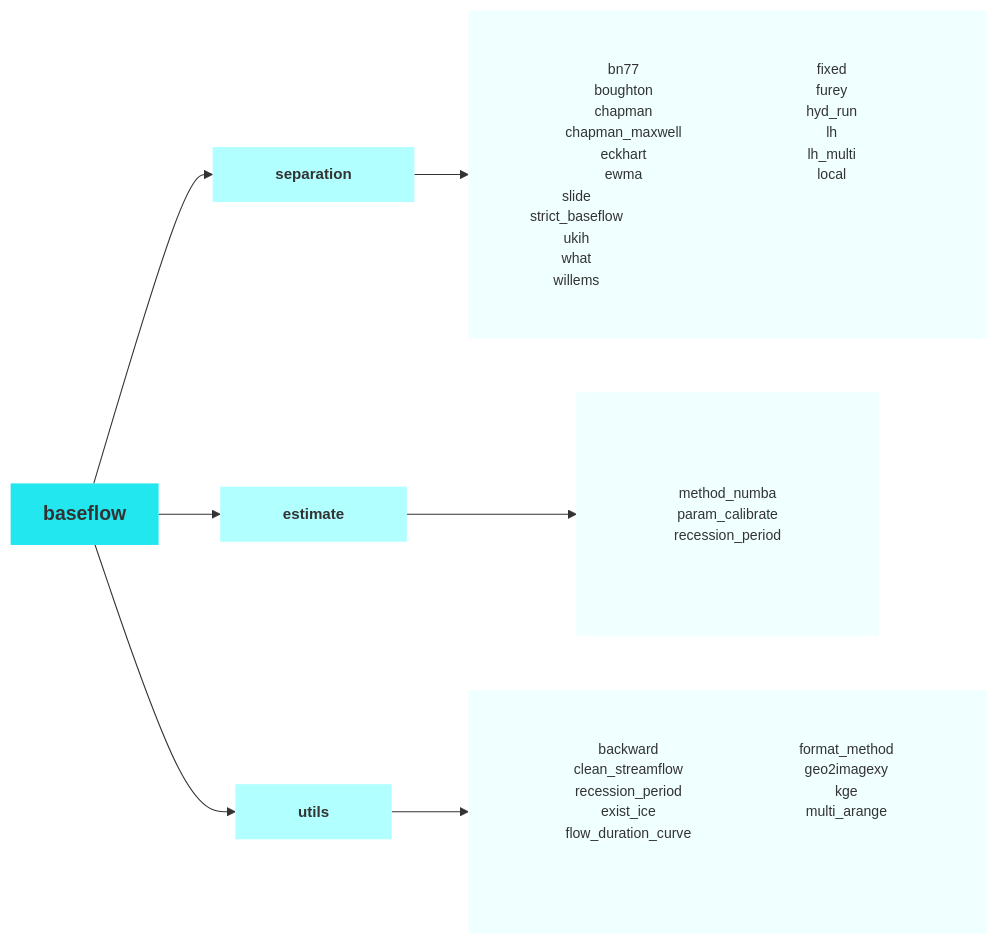
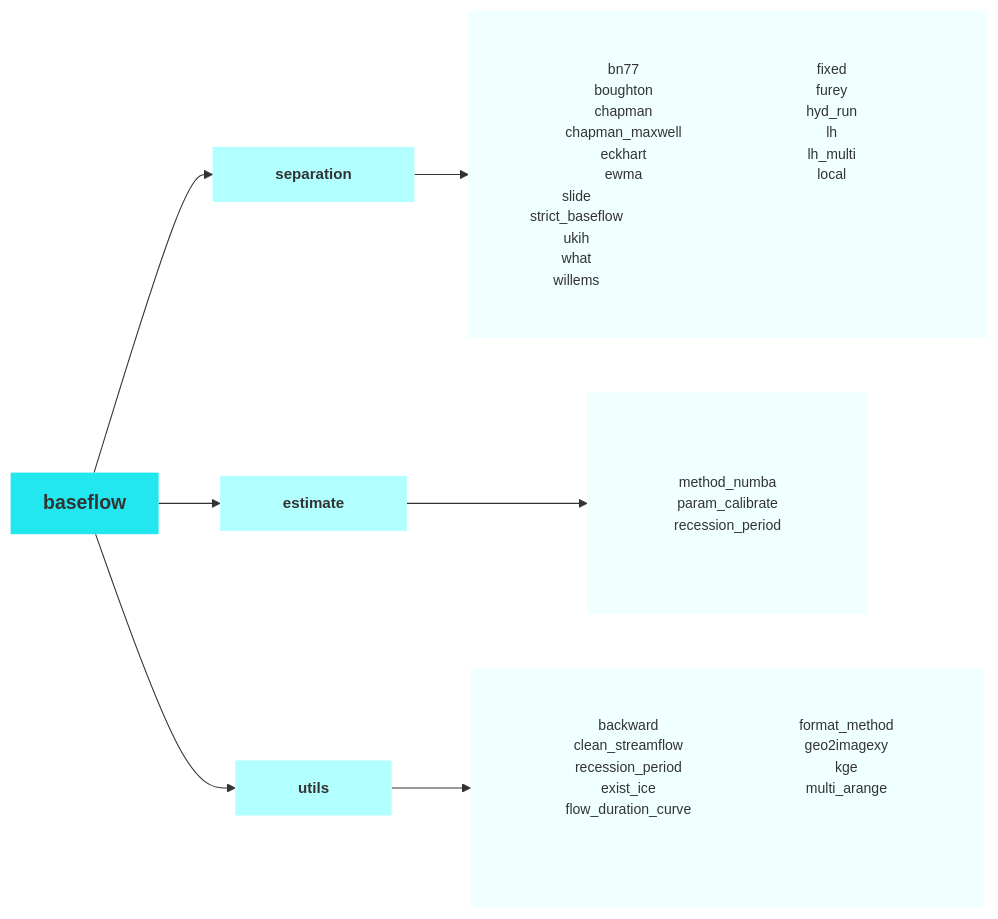
One commit to BYU-Hydroinformatics/baseflow changed the diagram in docs/index.md. Above: the diagram before and after it, drawn with Mermaid.

Commit message:
change the padding of diagram

````diff
--- a/docs/index.md
+++ b/docs/index.md
@@ -58,50 +58,50 @@
 ```mermaid
 %%{init: {
   'theme': 'base', 
   'themeVariables': { 
     'fontSize': '14px',
     'fontFamily': 'Arial'
   },
   'flowchart': {
     'nodeSpacing': 30,
     'rankSpacing': 30,
     'curve': 'basis'
   }
   "flowchart": {"htmlLabels": true}
 }}%%
 graph LR
     %% Define styles
     classDef default fill:#22E7EF,stroke:#333,stroke-width:0px;
     classDef secondLevel fill:#B2FFFF,stroke:#333,stroke-width:0px,font-size:14px;
     classDef thirdLevel fill:#F0FFFF,stroke:#333,stroke-width:0px,font-size:13px;
 
     A[baseflow]:::default
     B[&emsp;&emsp;separation&emsp;&emsp;]:::secondLevel
     C[&emsp;&emsp;estimate&emsp;&emsp;]:::secondLevel
     D[&emsp;&emsp;utils&emsp;&emsp;]:::secondLevel
 
     A --> B
     A --> C
     A --> D
 
     B --> NewLines1["&emsp;&emsp;<div style='line-height: 1.5; padding: 10px; display: flex; flex-wrap: wrap; justify-content: space-between; width: 400px;'>
     <div style='flex: 0 0 30%;'>bn77<br/>boughton<br/>chapman<br/>chapman_maxwell<br/>eckhart<br/>ewma</div>
     <div style='flex: 0 0 30%;'>fixed<br/>furey<br/>hyd_run<br/>lh<br/>lh_multi<br/>local</div>
     <div style='flex: 0 0 30%;'>slide<br/>strict_baseflow<br/>ukih<br/>what<br/>willems</div>
     </div>&emsp;&emsp;"]:::thirdLevel
 
-    C --> NewLines2["&emsp;&emsp;<div style='line-height: 1.5; padding: 10px; display: flex; flex-wrap: wrap; justify-content: space-between; width: 200px;'>
+    C --> NewLines2["&emsp;&emsp;<div style='line-height: 1.5; padding: 12spx; display: flex; flex-wrap: wrap; justify-content: space-between; width: 200px;'>
     <div style='flex: 0 0 100%;'>method_numba<br/>param_calibrate<br/>recession_period</div>
     </div>&emsp;&emsp;"]:::thirdLevel
     
-    D --> NewLines3["&emsp;&emsp;<div style='line-height: 1.5; padding: 10px; display: flex; flex-wrap: wrap; justify-content: space-between; width: 400px;'>
+    D --> NewLines3["&emsp;&emsp;<div style='line-height: 1.5; padding: 8px; display: flex; flex-wrap: wrap; justify-content: space-between; width: 400px;'>
     <div style='flex: 0 0 45%;'>backward<br/>clean_streamflow<br/>recession_period<br/>exist_ice<br/>flow_duration_curve</div>
     <div style='flex: 0 0 45%;'>format_method<br/>geo2imagexy<br/>kge<br/>multi_arange</div>
     </div>&emsp;&emsp;"]:::thirdLevel
 
     %% Custom styles for specific nodes
     style A font-size:18px,font-weight:bold,mainBkg:#005f73
     style B font-weight:bold
     style C font-weight:bold
     style D font-weight:bold
 ```
````
